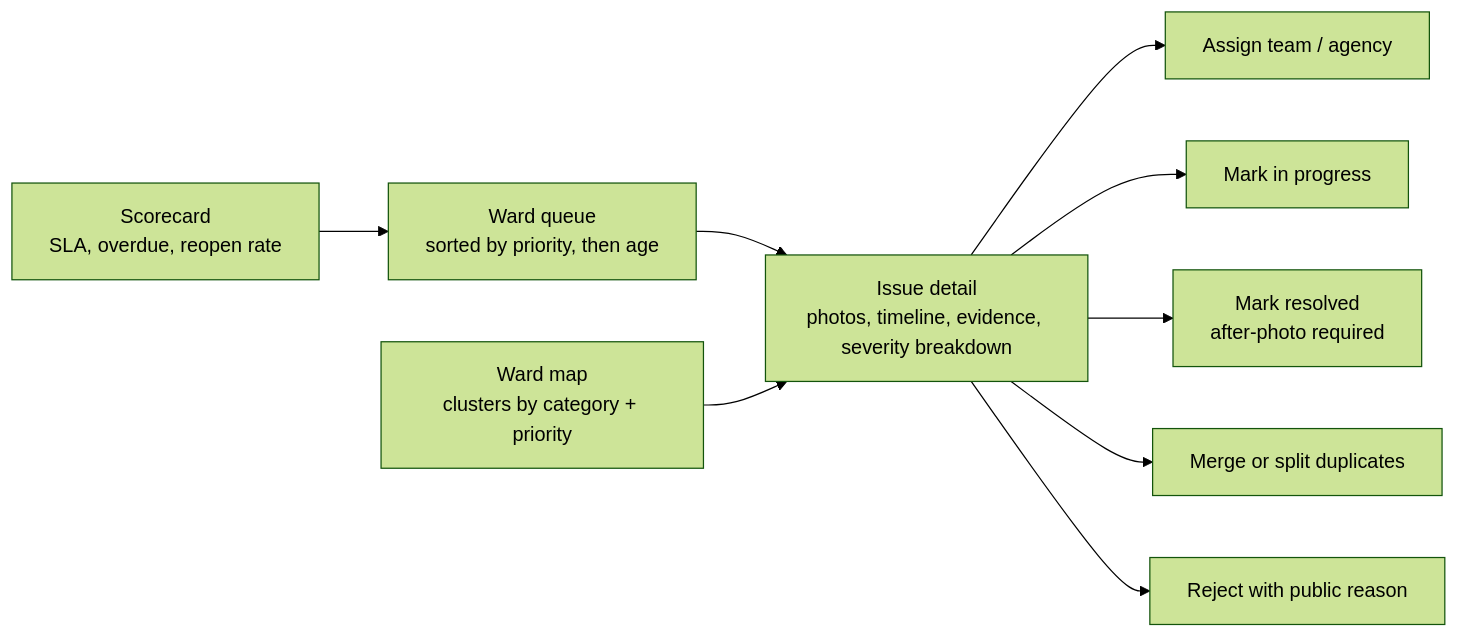
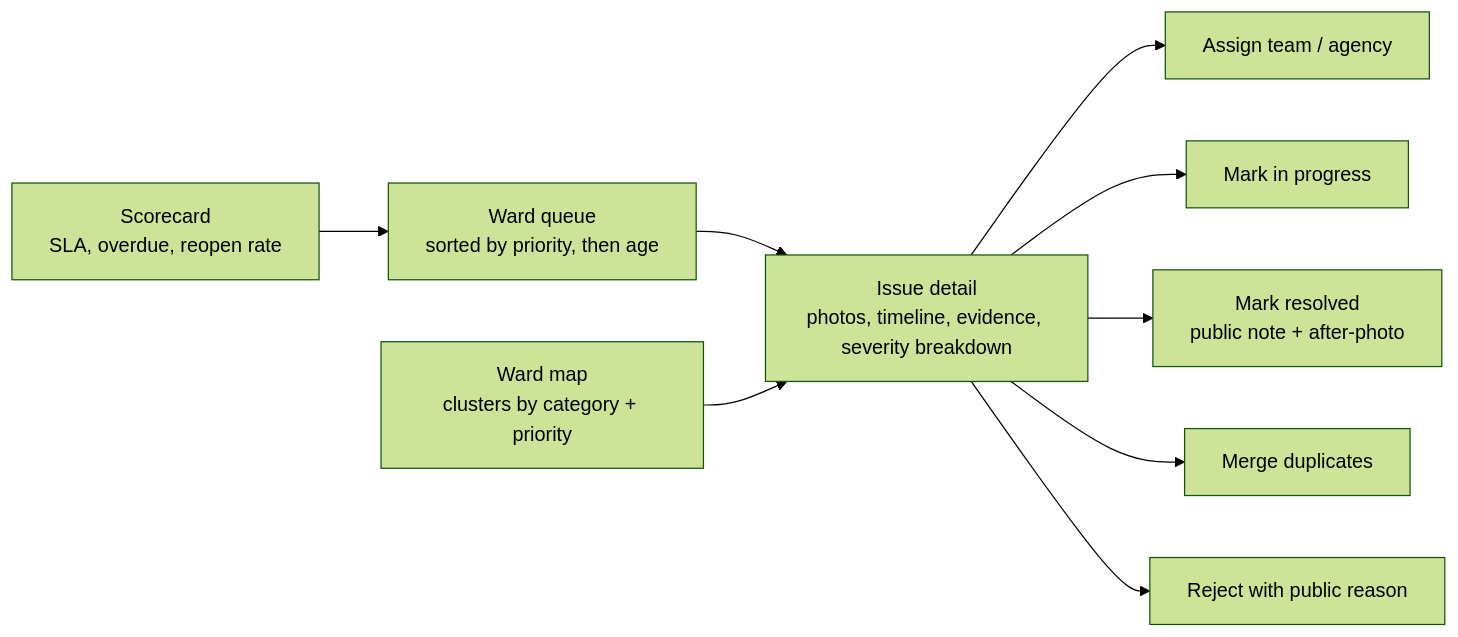
One commit to 4-thkind/Kestrel changed the eighth of 15 diagrams in README.md. Above: the diagram before and after it, drawn with Mermaid (forest theme). The commit also changed other lines of this file, not shown here.

````diff
--- a/README.md
+++ b/README.md
@@ -317,11 +310,11 @@
 ```mermaid
 flowchart LR
   Q["Ward queue<br/>sorted by priority, then age"] --> D["Issue detail<br/>photos, timeline, evidence, severity breakdown"]
   D --> A1["Assign team / agency"]
   D --> A2["Mark in progress"]
-  D --> A3["Mark resolved<br/>after-photo required"]
-  D --> A4["Merge or split duplicates"]
+  D --> A3["Mark resolved<br/>public note + after-photo"]
+  D --> A4["Merge duplicates"]
   D --> A5["Reject with public reason"]
   M["Ward map<br/>clusters by category + priority"] --> D
   S["Scorecard<br/>SLA, overdue, reopen rate"] --> Q
 ```
````
